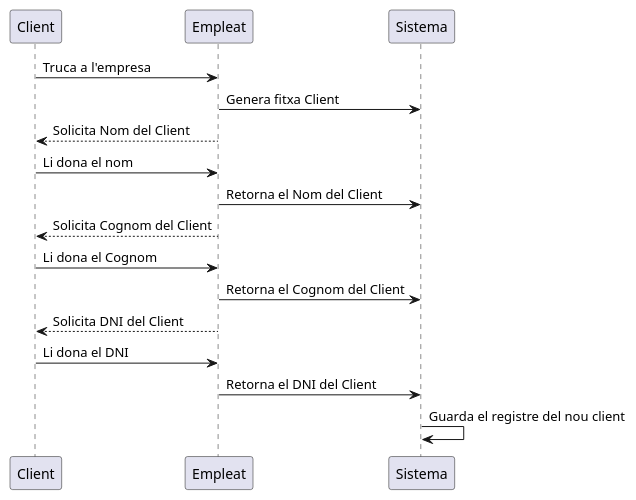
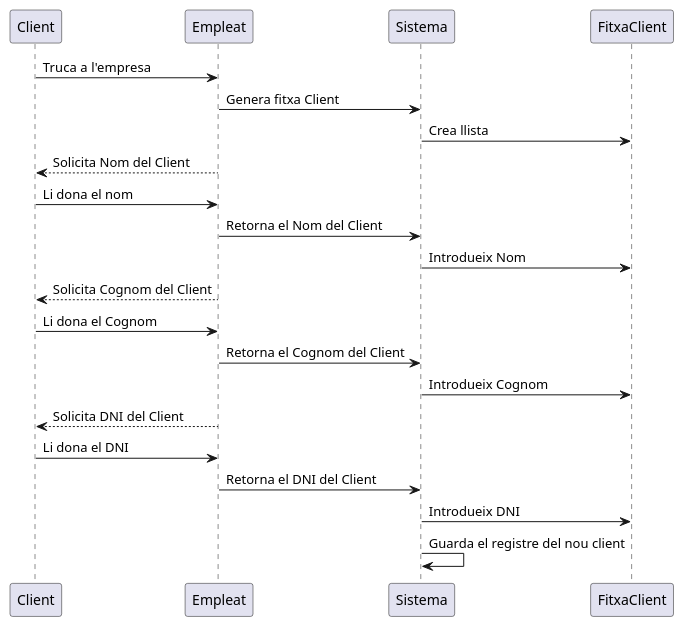
One commit to albert1413/M5_UML changed the diagram in cervesa.plantuml. Above: the diagram before and after it, drawn with PlantUML.

Commit message:
versio 3

```diff
--- a/cervesa.plantuml
+++ b/cervesa.plantuml
@@ -2,20 +2,24 @@
 @startuml
 
 participant Client 
 participant Empleat
 participant Sistema
 
 Client->Empleat: Truca a l'empresa
 Empleat->Sistema: Genera fitxa Client
+Sistema-> FitxaClient: Crea llista
 Empleat --> Client: Solicita Nom del Client
 Client -> Empleat: Li dona el nom
 Empleat -> Sistema: Retorna el Nom del Client
+Sistema-> FitxaClient: Introdueix Nom
 Empleat --> Client: Solicita Cognom del Client
 Client -> Empleat: Li dona el Cognom
 Empleat -> Sistema: Retorna el Cognom del Client
+Sistema-> FitxaClient: Introdueix Cognom
 Empleat --> Client: Solicita DNI del Client
 Client -> Empleat: Li dona el DNI
 Empleat -> Sistema: Retorna el DNI del Client
+Sistema-> FitxaClient: Introdueix DNI
 Sistema->Sistema: Guarda el registre del nou client
 
 @enduml
```
